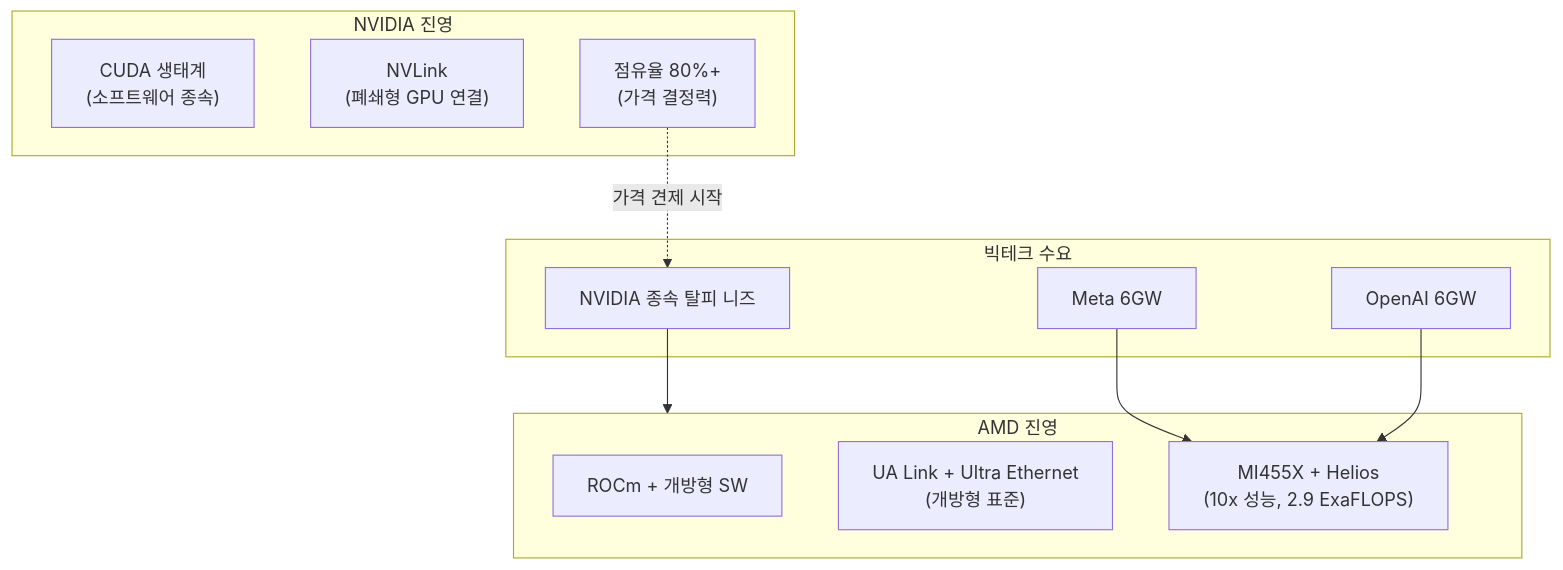
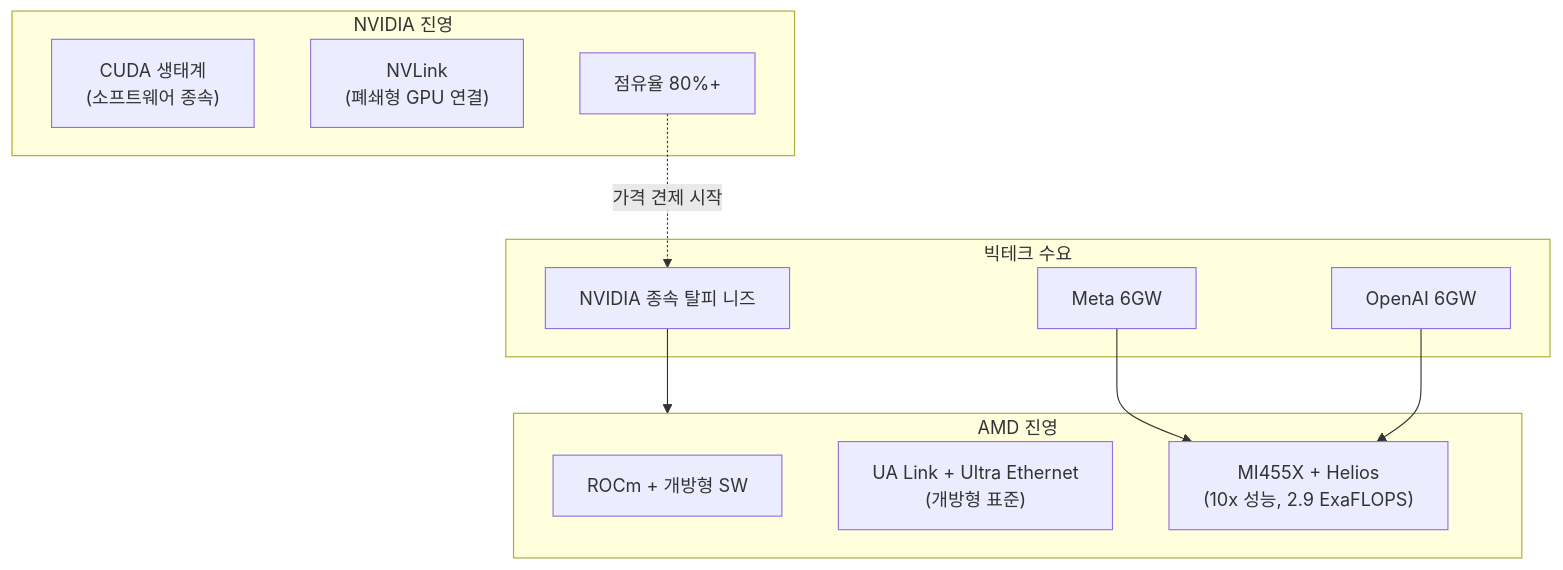
The fourth of 4 diagrams in _posts/knowledge/invest/2026-01-21-semiconductor-sector-outlook-2026.md (dss99911/dss99911.github.io), drawn with Mermaid before and after one commit. The commit also changed other lines of this file and 2 other files, not shown here.

````diff
--- a/_posts/knowledge/invest/2026-01-21-semiconductor-sector-outlook-2026.md
+++ b/_posts/knowledge/invest/2026-01-21-semiconductor-sector-outlook-2026.md
@@ -280,25 +283,25 @@
 ```mermaid
 graph TB
     subgraph NVIDIA["NVIDIA 진영"]
         N1["CUDA 생태계<br/>(소프트웨어 종속)"]
         N2["NVLink<br/>(폐쇄형 GPU 연결)"]
-        N3["점유율 80%+<br/>(가격 결정력)"]
+        N3["점유율 80%+"]
     end
 
     subgraph AMD["AMD 진영"]
         A1["ROCm + 개방형 SW"]
         A2["UA Link + Ultra Ethernet<br/>(개방형 표준)"]
         A3["MI455X + Helios<br/>(10x 성능, 2.9 ExaFLOPS)"]
     end
 
     subgraph 빅테크["빅테크 수요"]
         B1["Meta 6GW"]
         B2["OpenAI 6GW"]
         B3["NVIDIA 종속 탈피 니즈"]
     end
 
     B3 --> AMD
     B1 --> A3
     B2 --> A3
     N3 -.->|"가격 견제 시작"| B3
 ```
````
